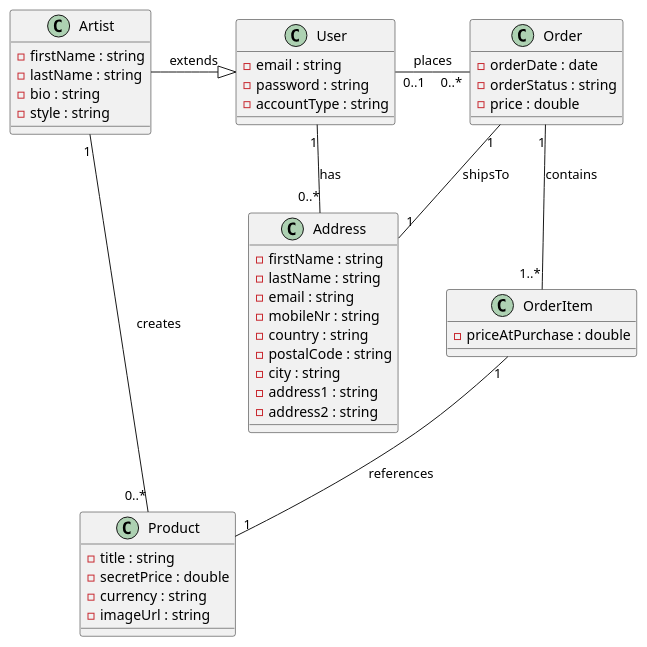
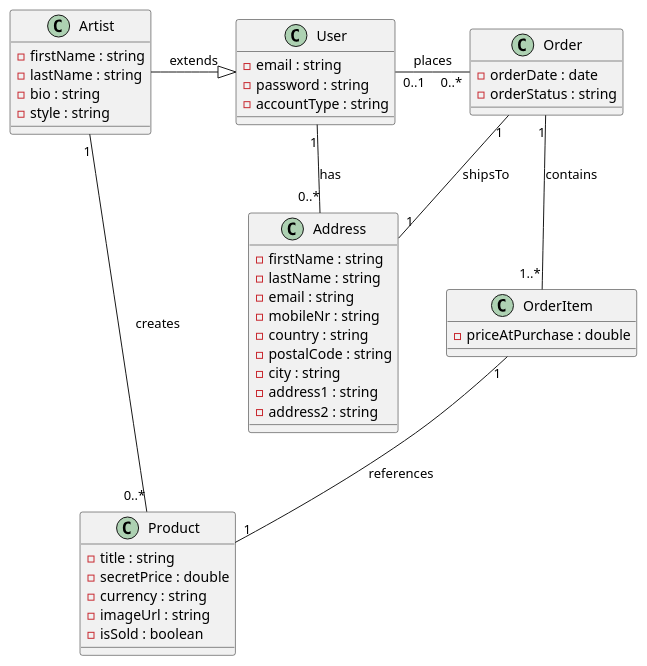
Before and after one commit to golihaidari/BidGallery: the diagram in puml/domain_model_diagram.puml, drawn with PlantUML. The commit also changed 221 other files, not shown here.

First line of the commit message:
feat: implement authentication flow with correlation tracking

```diff
--- a/puml/domain_model_diagram.puml
+++ b/puml/domain_model_diagram.puml
@@ -1,61 +1,61 @@
 @startuml domain_model
 skinparam ranksep 3.5
 
 ' -------------------
 ' DOMAIN MODEL
 ' -------------------
 
 class User {
     - email : string
     - password : string
     - accountType : string
 }
 
 class Artist {
     - firstName : string
     - lastName : string
     - bio : string
     - style : string
 }
 
 class Product {
     - title : string
     - secretPrice : double
     - currency : string
     - imageUrl : string
+    - isSold : boolean
 }
 
 class Address {
     - firstName : string
     - lastName : string
     - email : string
     - mobileNr : string
     - country : string
     - postalCode : string
     - city : string
     - address1 : string
     - address2 : string
 }
 
 class Order {
     - orderDate : date
     - orderStatus : string
-    - price : double
 }
 
 class OrderItem {
     - priceAtPurchase : double
 }
 
 ' -------------------
 ' RELATIONSHIPS
 ' -------------------
 Artist -right-|> User : extends
 User "0..1" -right- "0..*" Order : places
 User "1" -- "0..*" Address : has
 Artist "1" -- "0..*" Product : creates
 Order "1" -- "1..*" OrderItem : contains
 OrderItem "1" -- "1" Product : references
 Order "1" -- "1" Address : shipsTo
 
 @enduml
```
